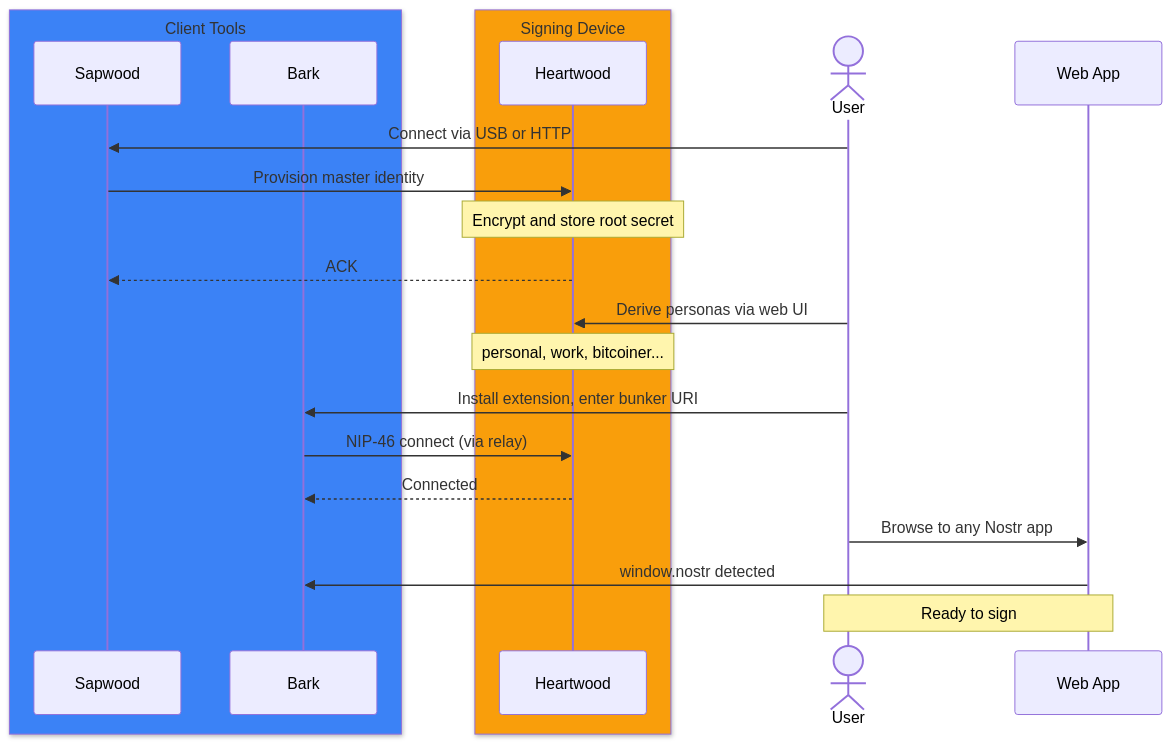
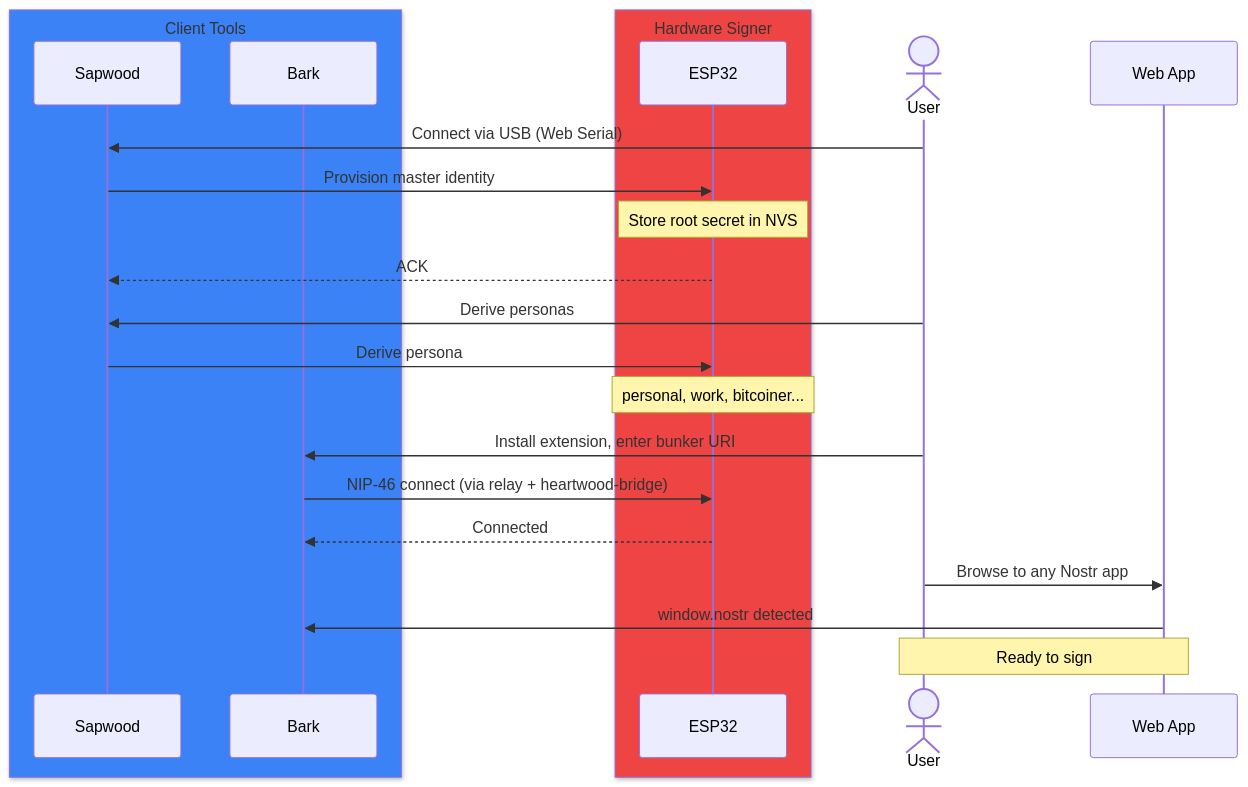
The second of 5 diagrams in docs/ECOSYSTEM.md (forgesworn/heartwood), drawn with Mermaid before and after one commit. The commit also changed other lines of this file and 5 other files, not shown here.

First line of the commit message:
docs: rewrite for the bridge-centric, keys-on-hardware model

````diff
--- a/docs/ECOSYSTEM.md
+++ b/docs/ECOSYSTEM.md
@@ -78,29 +66,30 @@
 ```mermaid
 sequenceDiagram
     box rgb(59, 130, 246) Client Tools
         participant S as Sapwood
         participant B as Bark
     end
-    box rgb(249, 158, 11) Signing Device
-        participant HW as Heartwood
+    box rgb(239, 68, 68) Hardware Signer
+        participant HW as ESP32
     end
 
     actor U as User
     participant WA as Web App
 
-    U->>S: Connect via USB or HTTP
+    U->>S: Connect via USB (Web Serial)
     S->>HW: Provision master identity
-    Note over HW: Encrypt and store root secret
+    Note over HW: Store root secret in NVS
     HW-->>S: ACK
 
-    U->>HW: Derive personas via web UI
+    U->>S: Derive personas
+    S->>HW: Derive persona
     Note over HW: personal, work, bitcoiner...
 
     U->>B: Install extension, enter bunker URI
-    B->>HW: NIP-46 connect (via relay)
+    B->>HW: NIP-46 connect (via relay + heartwood-bridge)
     HW-->>B: Connected
 
     U->>WA: Browse to any Nostr app
     WA->>B: window.nostr detected
     Note over U,WA: Ready to sign
 ```
````
